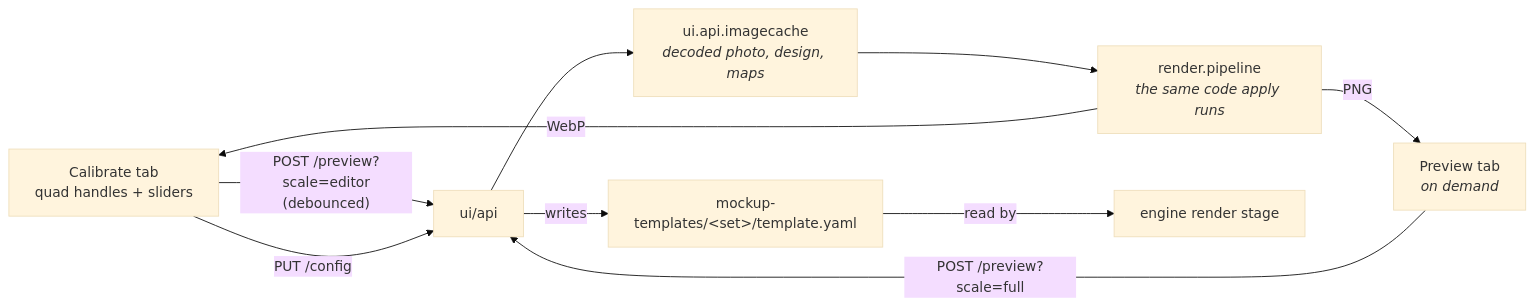
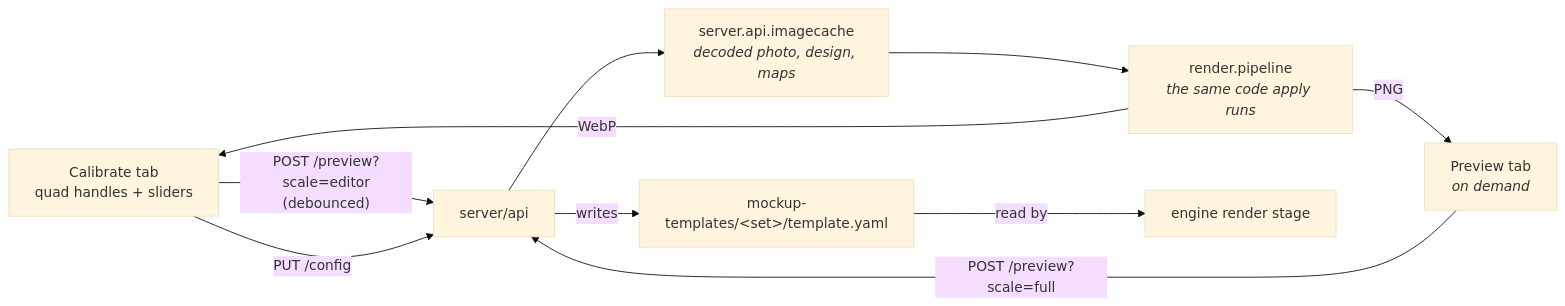
One commit to eli-jordan/etsy-listing-automation changed the fifth of 5 diagrams in docs/architecture.md. Above: the diagram before and after it, drawn with Mermaid (base theme). The commit also changed other lines of this file and 2 other files, not shown here.

First line of the commit message:
docs: describe the server package, CLI ui launcher and Import Linter gate

````diff
--- a/docs/architecture.md
+++ b/docs/architecture.md
@@ -240,12 +240,12 @@
 ```mermaid
 graph LR
-    Canvas["Calibrate tab<br/>quad handles + sliders"] -->|"POST /preview?scale=editor<br/>(debounced)"| API["ui/api"]
+    Canvas["Calibrate tab<br/>quad handles + sliders"] -->|"POST /preview?scale=editor<br/>(debounced)"| API["server/api"]
     Tab["Preview tab<br/><i>on demand</i>"] -->|"POST /preview?scale=full"| API
-    API --> Cache["ui.api.imagecache<br/><i>decoded photo, design, maps</i>"]
+    API --> Cache["server.api.imagecache<br/><i>decoded photo, design, maps</i>"]
     Cache --> RenderPipe["render.pipeline<br/><i>the same code apply runs</i>"]
     RenderPipe -->|WebP| Canvas
     RenderPipe -->|PNG| Tab
     Canvas -->|"PUT /config"| API
     API -->|writes| Yaml["mockup-templates/&lt;set&gt;/template.yaml"]
     Yaml -->|read by| Stage["engine render stage"]
 ```
````
